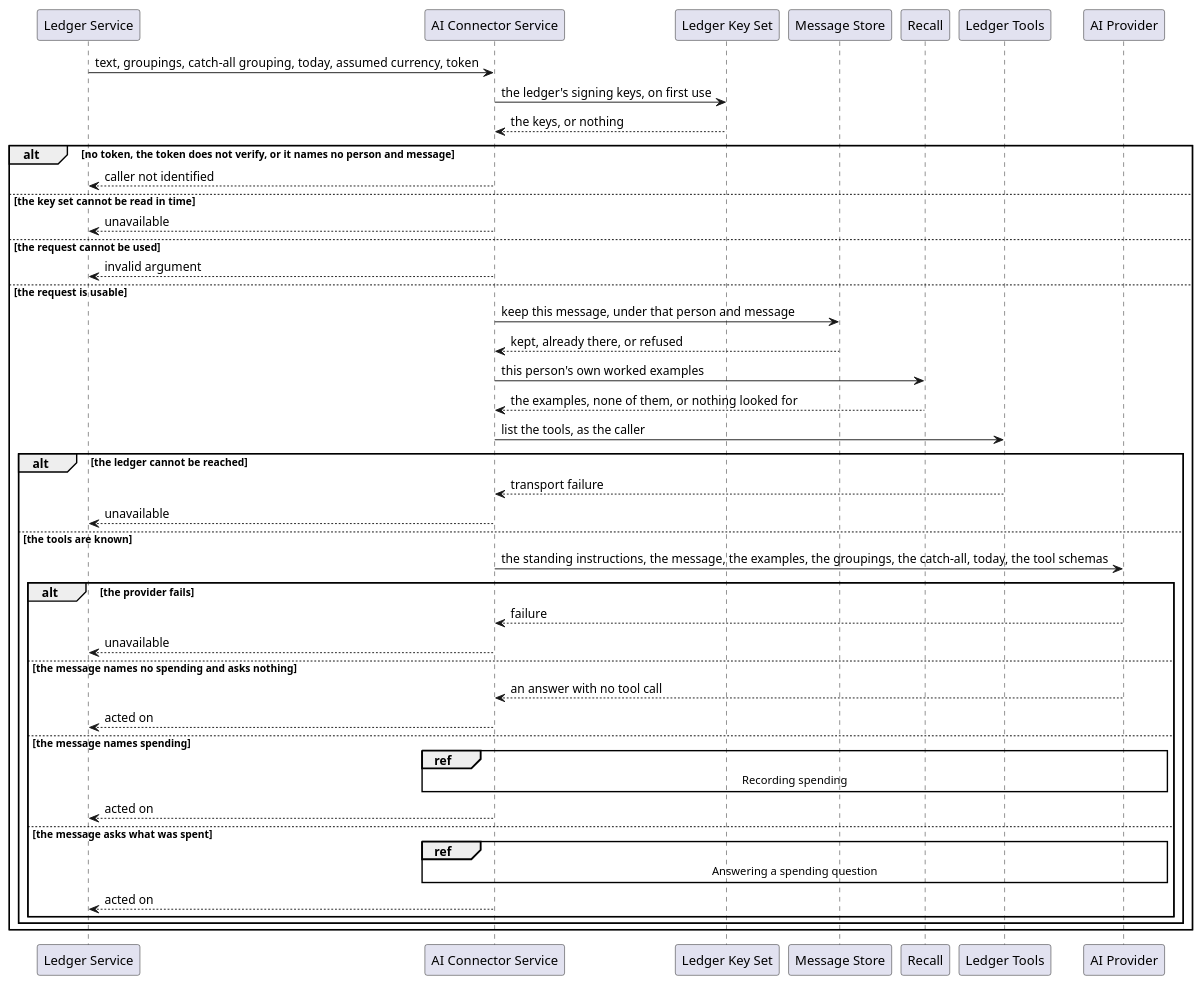
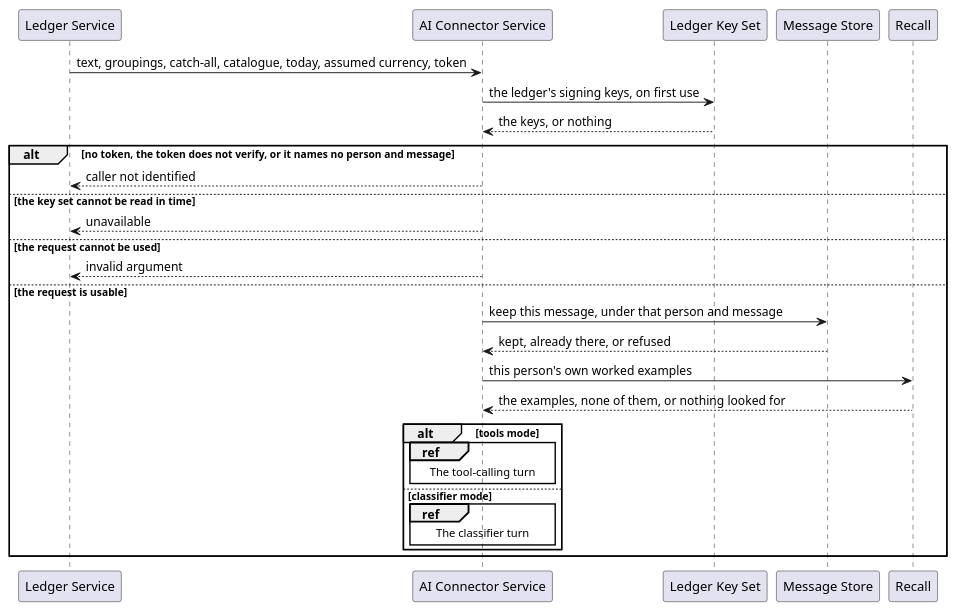
One commit to ds-usova/finance-bot changed the fourth of 8 diagrams in ai-connector-service/docs/usecases/extract-intents.md. Above: the diagram before and after it, drawn with PlantUML. The commit also changed other lines of this file and 21 other files, not shown here.

Commit message:
Documentation: archive the connector's classifier turn

````diff
--- a/ai-connector-service/docs/usecases/extract-intents.md
+++ b/ai-connector-service/docs/usecases/extract-intents.md
@@ -125,50 +241,32 @@
 ```plantuml
-@startuml ExtractIntents-Turn
+@startuml ExtractIntents-Sequence
 participant "Ledger Service" as Caller
 participant "AI Connector Service" as Service
 participant "Ledger Key Set" as KeySet
 participant "Message Store" as Store
 participant "Recall" as Recall
-participant "Ledger Tools" as Tools
-participant "AI Provider" as Provider
 
-Caller -> Service : text, groupings, catch-all grouping, today, assumed currency, token
+Caller -> Service : text, groupings, catch-all, catalogue, today, assumed currency, token
 Service -> KeySet : the ledger's signing keys, on first use
 KeySet --> Service : the keys, or nothing
 
 alt no token, the token does not verify, or it names no person and message
     Service --> Caller : caller not identified
 else the key set cannot be read in time
     Service --> Caller : unavailable
 else the request cannot be used
     Service --> Caller : invalid argument
 else the request is usable
     Service -> Store : keep this message, under that person and message
     Store --> Service : kept, already there, or refused
     Service -> Recall : this person's own worked examples
     Recall --> Service : the examples, none of them, or nothing looked for
-    Service -> Tools : list the tools, as the caller
 
-    alt the ledger cannot be reached
-        Tools --> Service : transport failure
-        Service --> Caller : unavailable
-    else the tools are known
-        Service -> Provider : the standing instructions, the message, the examples, the groupings, the catch-all, today, the tool schemas
-
-        alt the provider fails
-            Provider --> Service : failure
-            Service --> Caller : unavailable
-        else the message names no spending and asks nothing
-            Provider --> Service : an answer with no tool call
-            Service --> Caller : acted on
-        else the message names spending
-            ref over Service, Tools, Provider : Recording spending
-            Service --> Caller : acted on
-        else the message asks what was spent
-            ref over Service, Tools, Provider : Answering a spending question
-            Service --> Caller : acted on
-        end
+    alt tools mode
+        ref over Service : The tool-calling turn
+    else classifier mode
+        ref over Service : The classifier turn
     end
 end
 @enduml
 ```
````
